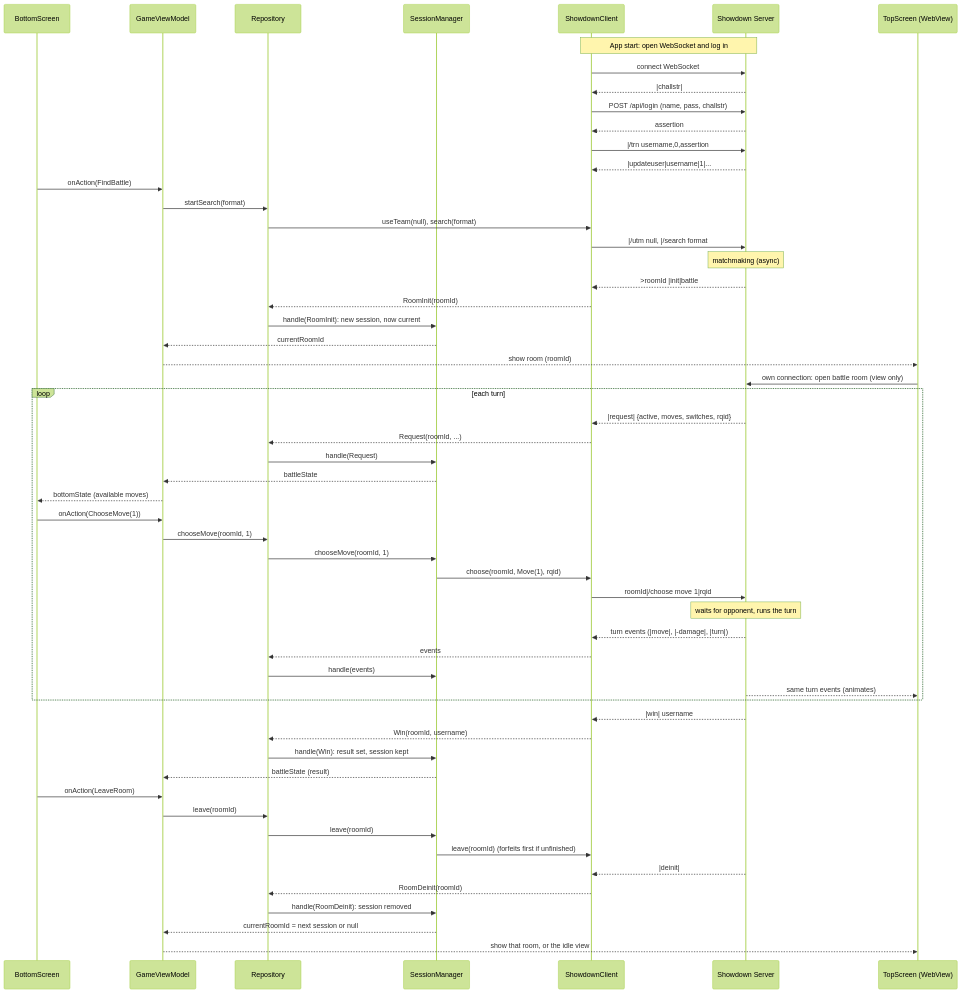
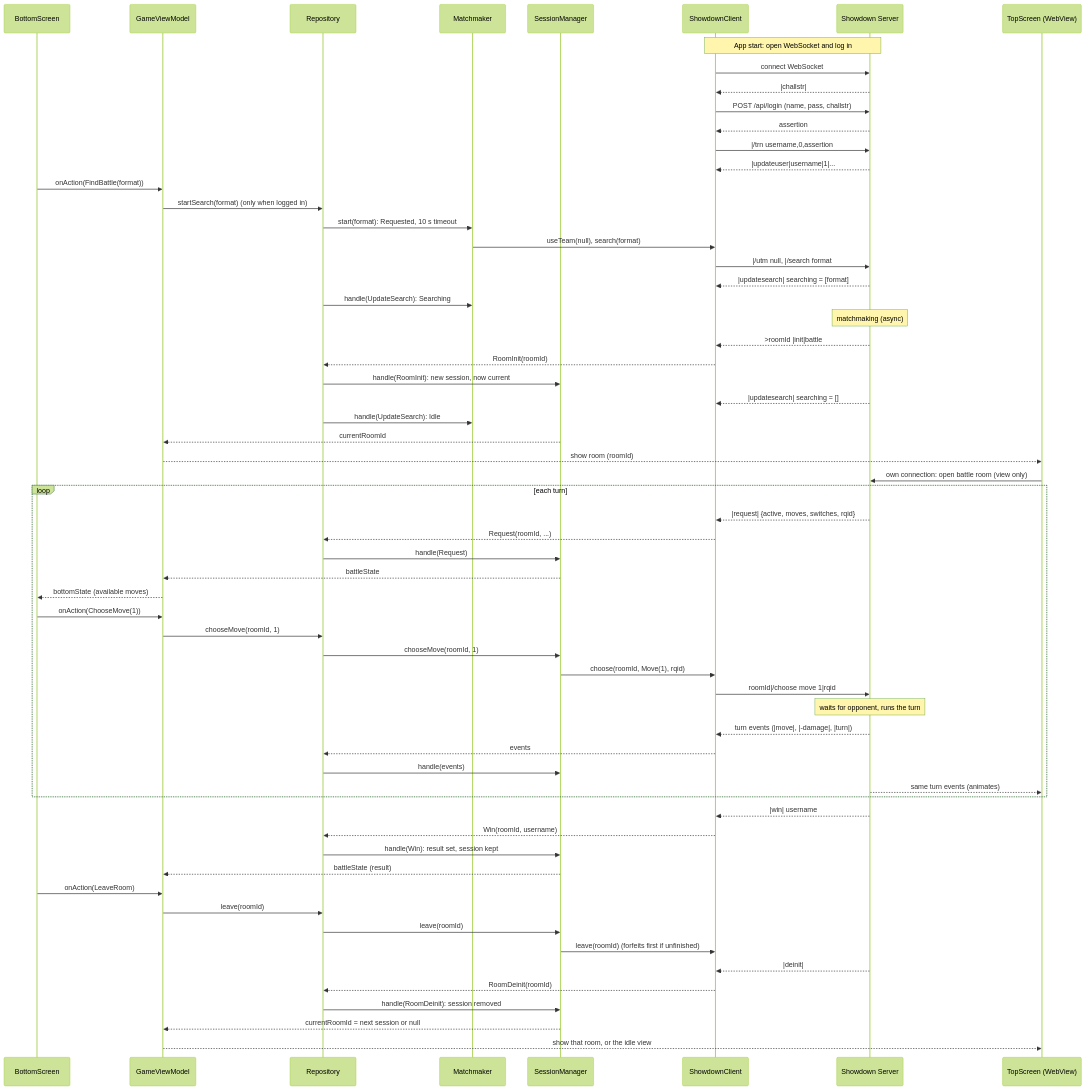
Before and after one commit to jaydenfont/ThorShowdown: the second of 2 diagrams in context/design/architecture.md, drawn with Mermaid (forest theme). The commit also changed other lines of this file and 15 other files, not shown here.

First line of the commit message:
Add ladder search and the start of a battle (#10)

````diff
--- a/context/design/architecture.md
+++ b/context/design/architecture.md
@@ -67,62 +70,68 @@
 ```mermaid
 sequenceDiagram
     participant B as BottomScreen
     participant VM as GameViewModel
     participant R as Repository
+    participant MM as Matchmaker
     participant SM as SessionManager
     participant C as ShowdownClient
     participant S as Showdown Server
     participant W as TopScreen (WebView)
 
     Note over C,S: App start: open WebSocket and log in
     C->>S: connect WebSocket
     S-->>C: |challstr|
     C->>S: POST /api/login (name, pass, challstr)
     S-->>C: assertion
     C->>S: |/trn username,0,assertion
     S-->>C: |updateuser|username|1|...
 
-    B->>VM: onAction(FindBattle)
-    VM->>R: startSearch(format)
-    R->>C: useTeam(null), search(format)
+    B->>VM: onAction(FindBattle(format))
+    VM->>R: startSearch(format) (only when logged in)
+    R->>MM: start(format): Requested, 10 s timeout
+    MM->>C: useTeam(null), search(format)
     C->>S: |/utm null, |/search format
+    S-->>C: |updatesearch| searching = [format]
+    R->>MM: handle(UpdateSearch): Searching
     Note over S: matchmaking (async)
     S-->>C: >roomId |init|battle
     C-->>R: RoomInit(roomId)
     R->>SM: handle(RoomInit): new session, now current
+    S-->>C: |updatesearch| searching = []
+    R->>MM: handle(UpdateSearch): Idle
     SM-->>VM: currentRoomId
     VM-->>W: show room (roomId)
     W->>S: own connection: open battle room (view only)
 
     loop each turn
         S-->>C: |request| {active, moves, switches, rqid}
         C-->>R: Request(roomId, ...)
         R->>SM: handle(Request)
         SM-->>VM: battleState
         VM-->>B: bottomState (available moves)
         B->>VM: onAction(ChooseMove(1))
         VM->>R: chooseMove(roomId, 1)
         R->>SM: chooseMove(roomId, 1)
         SM->>C: choose(roomId, Move(1), rqid)
         C->>S: roomId|/choose move 1|rqid
         Note over S: waits for opponent, runs the turn
         S-->>C: turn events (|move|, |-damage|, |turn|)
         C-->>R: events
         R->>SM: handle(events)
         S-->>W: same turn events (animates)
     end
 
     S-->>C: |win| username
     C-->>R: Win(roomId, username)
     R->>SM: handle(Win): result set, session kept
     SM-->>VM: battleState (result)
     B->>VM: onAction(LeaveRoom)
     VM->>R: leave(roomId)
     R->>SM: leave(roomId)
     SM->>C: leave(roomId) (forfeits first if unfinished)
     S-->>C: |deinit|
     C-->>R: RoomDeinit(roomId)
     R->>SM: handle(RoomDeinit): session removed
     SM-->>VM: currentRoomId = next session or null
     VM-->>W: show that room, or the idle view
 ```
````
